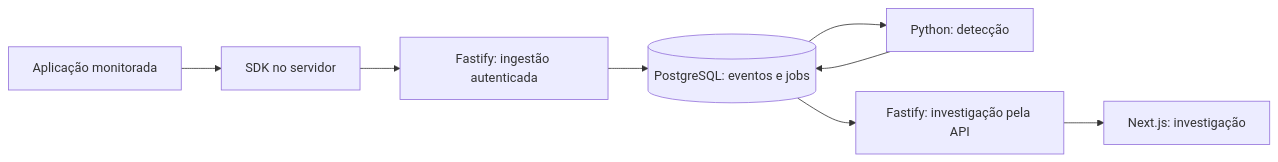
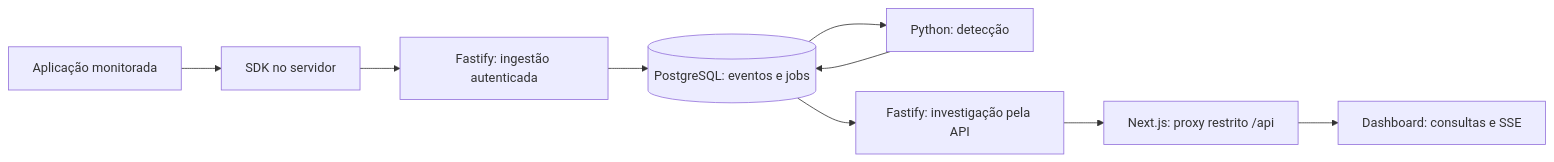
The diagram in README.md (samuelsce/Sentinel), drawn with Mermaid before and after one commit. The commit also changed other lines of this file and 12 other files, not shown here.

````diff
--- a/README.md
+++ b/README.md
@@ -154,10 +168,11 @@
 ```mermaid
 flowchart LR
   Demo[Aplicação monitorada] --> SDK[SDK no servidor]
   SDK --> API[Fastify: ingestão autenticada]
   API --> DB[(PostgreSQL: eventos e jobs)]
   DB --> Worker[Python: detecção]
   Worker --> DB
   DB --> Query[Fastify: investigação pela API]
-  Query --> Web[Next.js: investigação]
+  Query --> Proxy[Next.js: proxy restrito /api]
+  Proxy --> Web[Dashboard: consultas e SSE]
 ```
````
